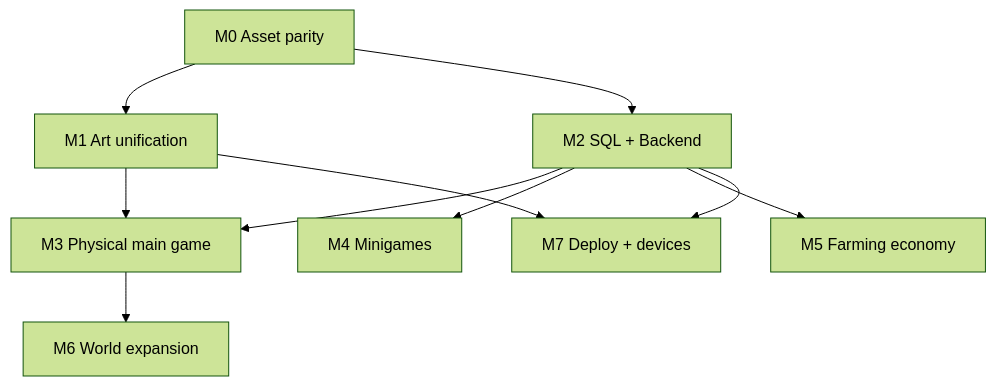
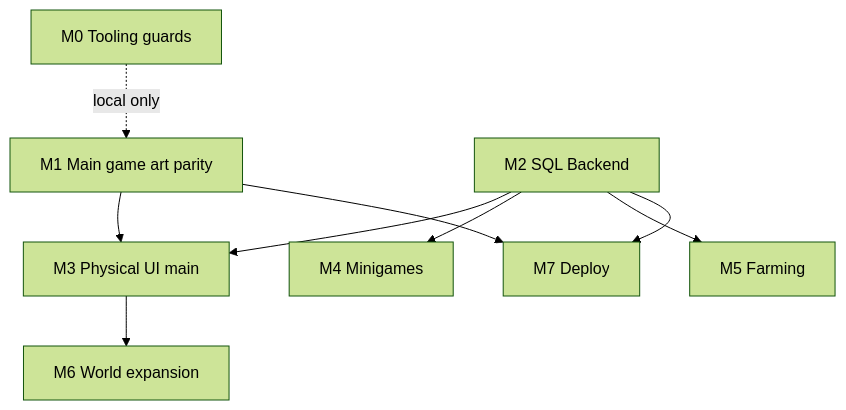
The diagram in docs/handover/CURSOR_DEVELOPMENT_ROADMAP.md (2412khoidz/Our_little_world), drawn with Mermaid (forest theme) before and after one commit. The commit also changed other lines of this file and 11 other files, not shown here.

First line of the commit message:
fix(handover): private SW guard, shared Python tooling, roadmap

````diff
--- a/docs/handover/CURSOR_DEVELOPMENT_ROADMAP.md
+++ b/docs/handover/CURSOR_DEVELOPMENT_ROADMAP.md
@@ -99,20 +82,19 @@
 ```mermaid
 flowchart TD
-  M0[M0 Asset parity]
-  M1[M1 Art unification]
-  M2[M2 SQL + Backend]
-  M3[M3 Physical main game]
+  M0[M0 Tooling guards]
+  M1[M1 Main game art parity]
+  M2[M2 SQL Backend]
+  M3[M3 Physical UI main]
   M4[M4 Minigames]
-  M5[M5 Farming economy]
+  M5[M5 Farming]
   M6[M6 World expansion]
-  M7[M7 Deploy + devices]
-  M0 --> M1
-  M0 --> M2
+  M7[M7 Deploy]
+  M0 -.->|local only| M1
+  M2 --> M3
   M1 --> M3
-  M2 --> M3
   M2 --> M4
   M2 --> M5
   M3 --> M6
+  M1 --> M7
   M2 --> M7
-  M1 --> M7
 ```
````
